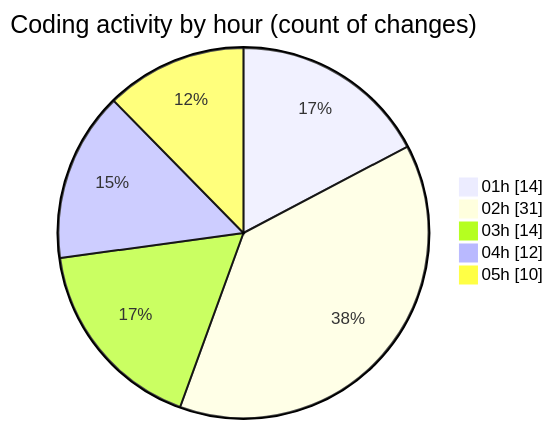
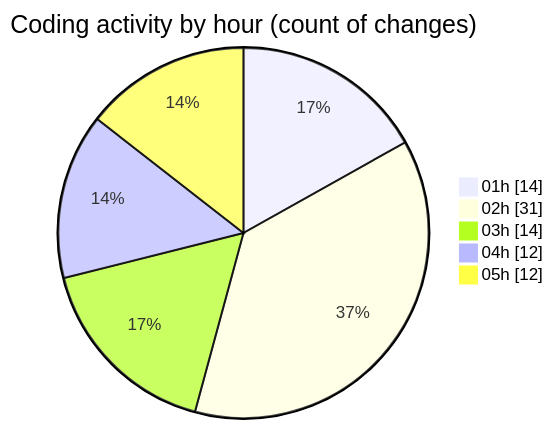
The second of 2 diagrams in 2025-07-13/telebot/README.md (jrari/code-tracking), drawn with Mermaid before and after one commit. The commit also changed other lines of this file and 1 other file, not shown here.

````diff
--- a/2025-07-13/telebot/README.md
+++ b/2025-07-13/telebot/README.md
@@ -65,9 +66,9 @@
 ```mermaid
 pie showData
 title Coding activity by hour (count of changes)
 "01h" : 14
 "02h" : 31
 "03h" : 14
 "04h" : 12
-"05h" : 10
+"05h" : 12
 ```
````
